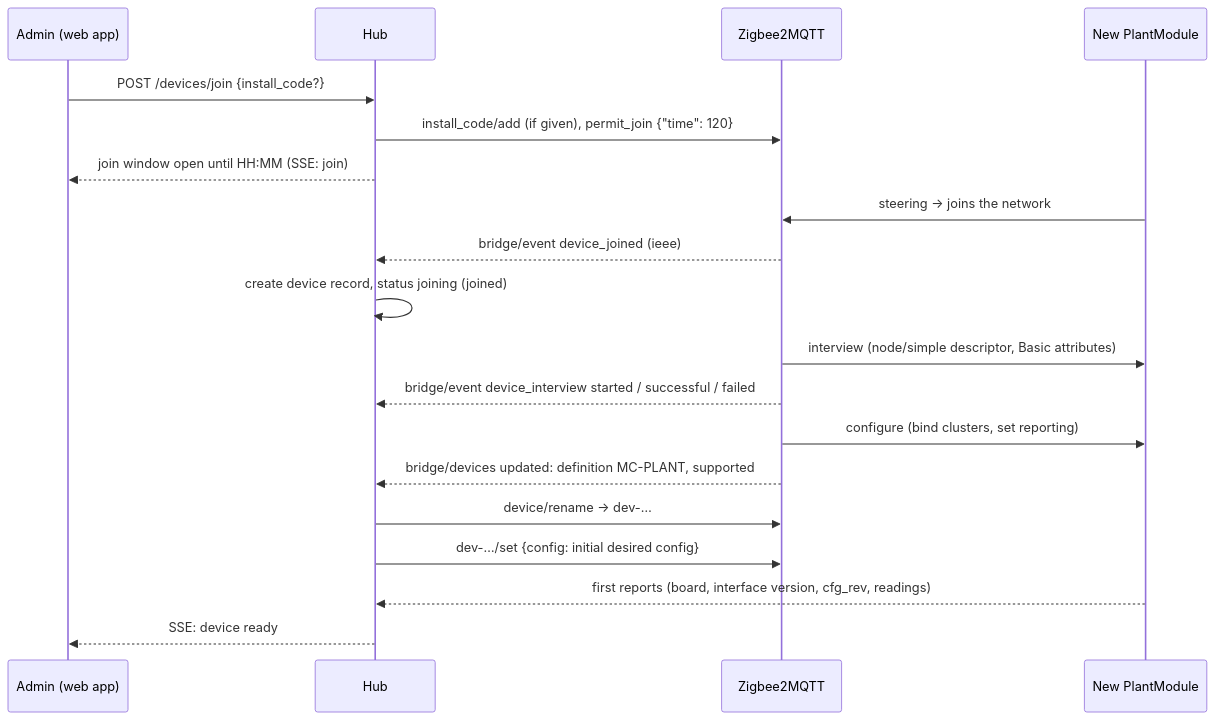
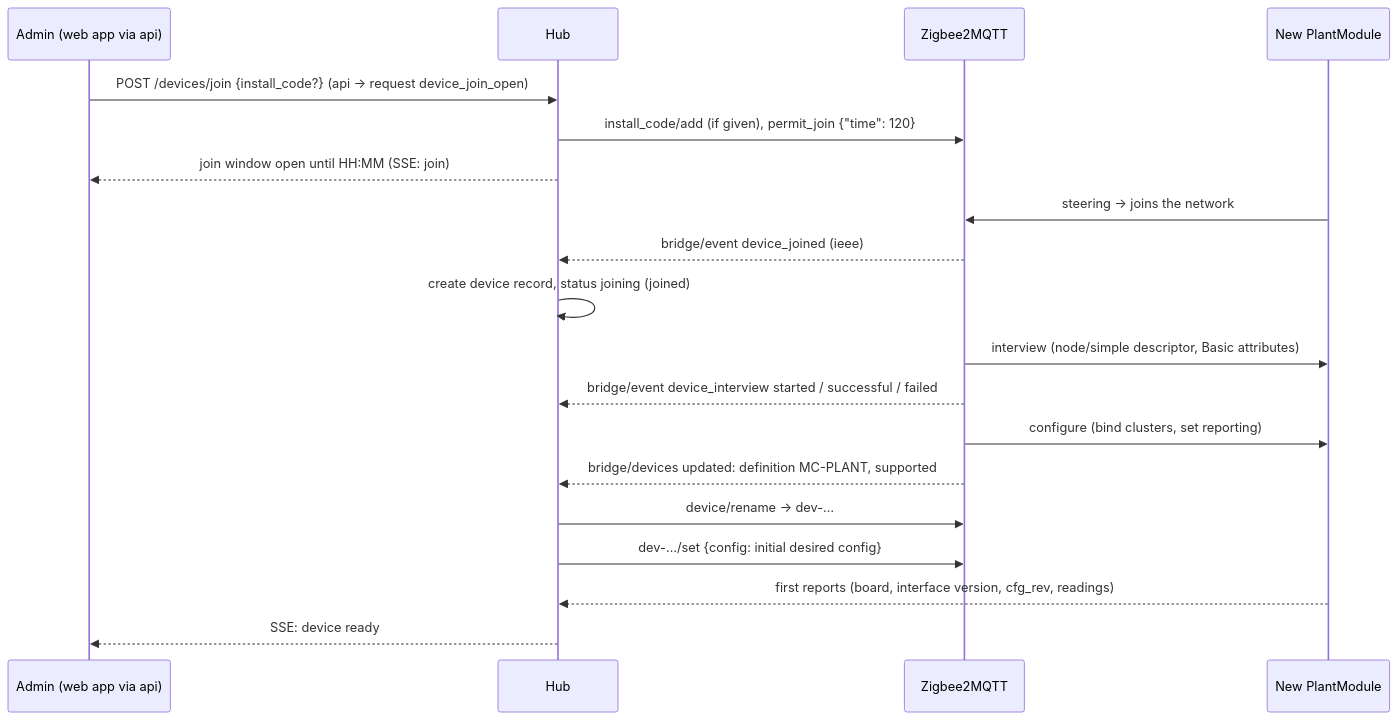
The fifth of 8 diagrams in Gateway/specs.md (Hansom17/MoistureController), drawn with Mermaid before and after one commit. The commit also changed other lines of this file and 5 other files, not shown here.

````diff
--- a/Gateway/specs.md
+++ b/Gateway/specs.md
@@ -225,22 +351,22 @@
 ```mermaid
 sequenceDiagram
-    participant A as Admin (web app)
+    participant A as Admin (web app via api)
     participant H as Hub
     participant Z as Zigbee2MQTT
     participant D as New PlantModule
 
-    A->>H: POST /devices/join {install_code?}
+    A->>H: POST /devices/join {install_code?} (api → request device_join_open)
     H->>Z: install_code/add (if given), permit_join {"time": 120}
     H-->>A: join window open until HH:MM (SSE: join)
     D->>Z: steering → joins the network
     Z-->>H: bridge/event device_joined (ieee)
     H->>H: create device record, status joining (joined)
     Z->>D: interview (node/simple descriptor, Basic attributes)
     Z-->>H: bridge/event device_interview started / successful / failed
     Z->>D: configure (bind clusters, set reporting)
     Z-->>H: bridge/devices updated: definition MC-PLANT, supported
     H->>Z: device/rename → dev-…
     H->>Z: dev-…/set {config: initial desired config}
     D-->>H: first reports (board, interface version, cfg_rev, readings)
     H-->>A: SSE: device ready
 ```
````
